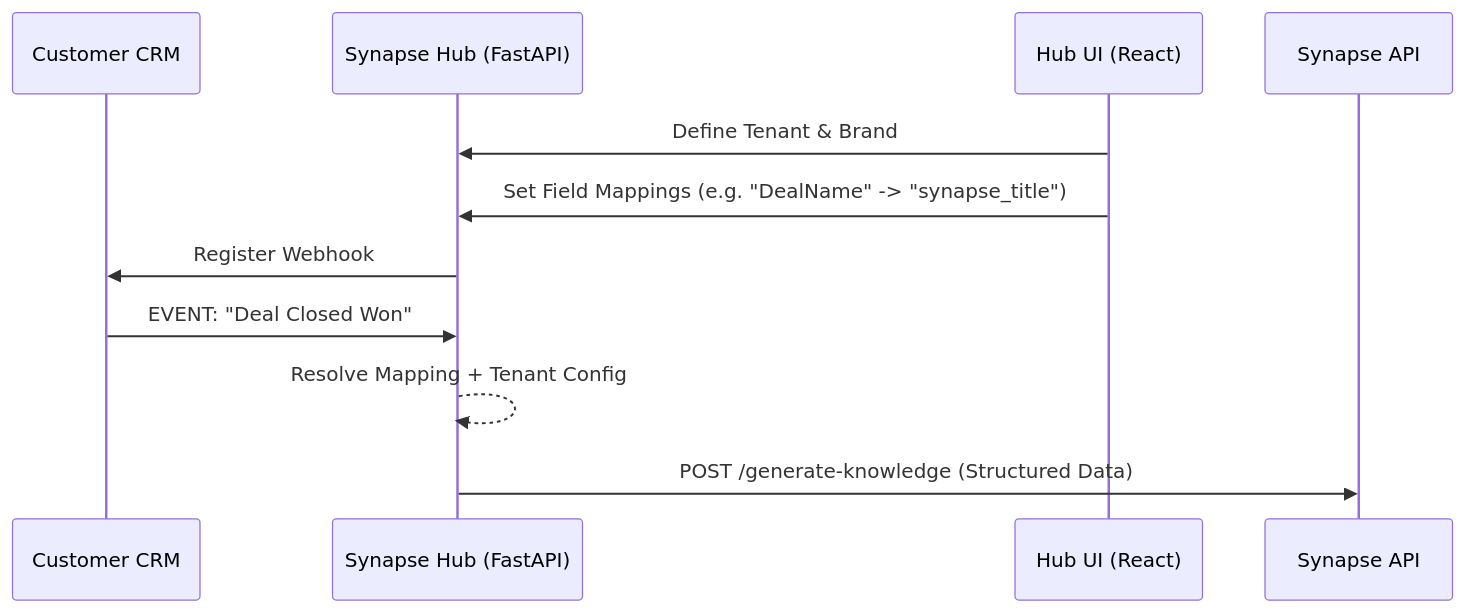
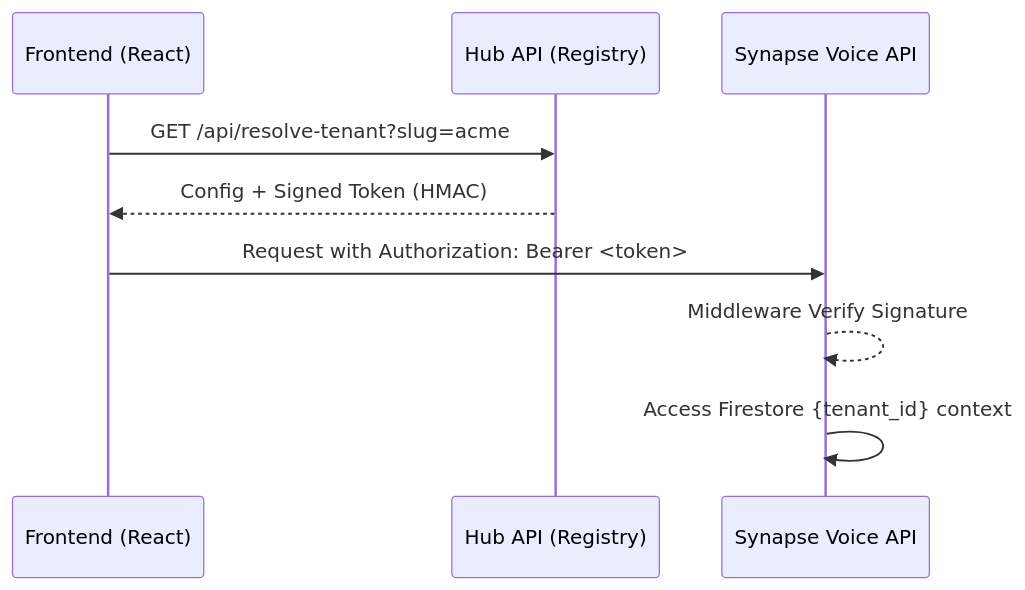
One commit to aroucadi/handoff_agent changed the third of 5 diagrams in docs/ARCHITECTURE.md. Above: the diagram before and after it, drawn with Mermaid. The commit also changed other lines of this file and 1 other file, not shown here.

Commit message:
docs: implement multi-tenancy deep dive and integration guides

````diff
--- a/docs/ARCHITECTURE.md
+++ b/docs/ARCHITECTURE.md
@@ -126,14 +128,12 @@
 ```mermaid
 sequenceDiagram
-    participant CRM as Customer CRM
-    participant Hub as Synapse Hub (FastAPI)
-    participant UI as Hub UI (React)
-    participant Backend as Synapse API
+    participant UI as Frontend (React)
+    participant Hub as Hub API (Registry)
+    participant Backend as Synapse Voice API
     
-    UI->>Hub: Define Tenant & Brand
-    UI->>Hub: Set Field Mappings (e.g. "DealName" -> "synapse_title")
-    Hub->>CRM: Register Webhook
-    CRM->>Hub: EVENT: "Deal Closed Won"
-    Hub-->>Hub: Resolve Mapping + Tenant Config
-    Hub->>Backend: POST /generate-knowledge (Structured Data)
+    UI->>Hub: GET /api/resolve-tenant?slug=acme
+    Hub-->>UI: Config + Signed Token (HMAC)
+    UI->>Backend: Request with Authorization: Bearer <token>
+    Backend-->>Backend: Middleware Verify Signature
+    Backend->>Backend: Access Firestore {tenant_id} context
 ```
````
